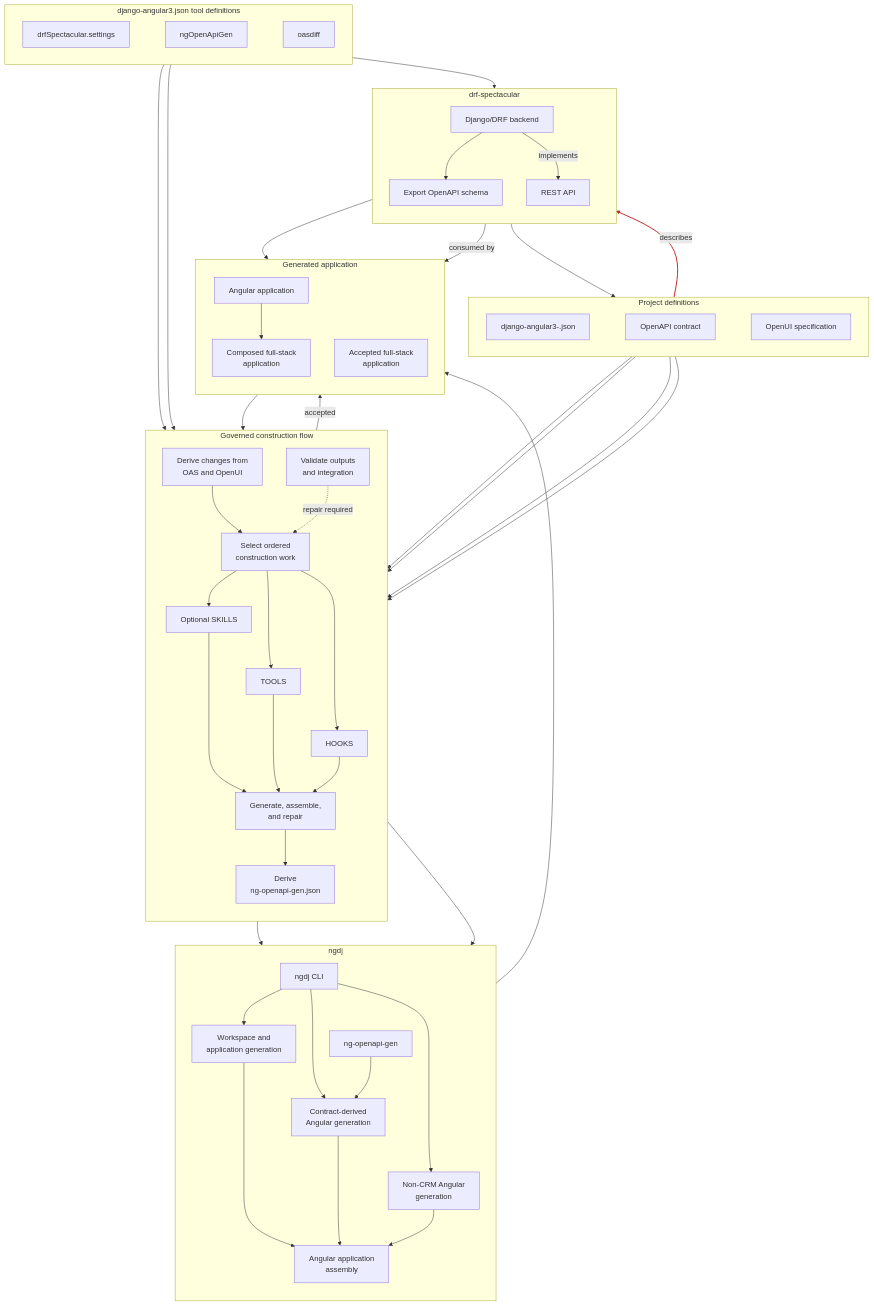
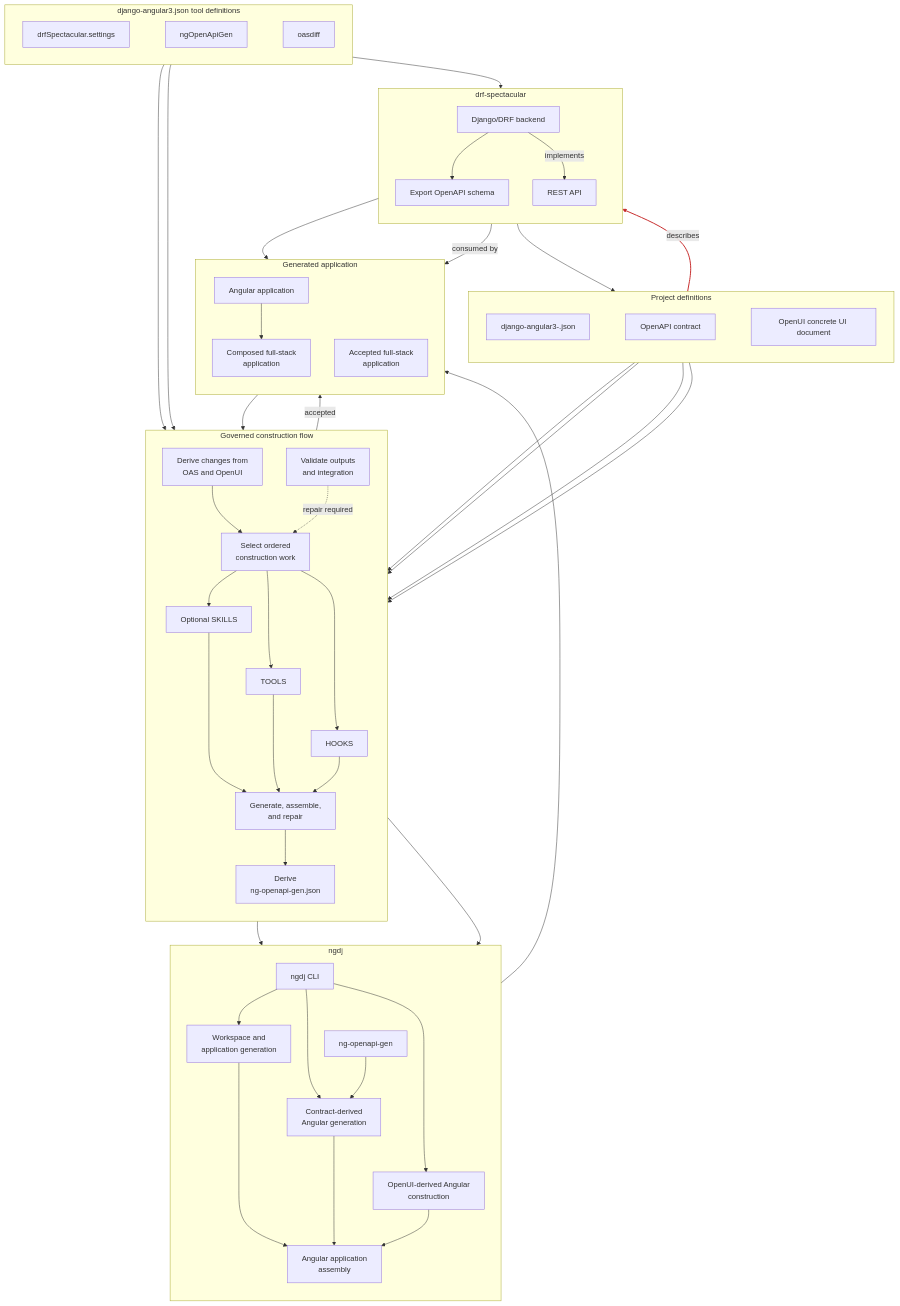
One commit to shlomoa/django-angular3 changed the first of 2 diagrams in doc/REQUIREMENTS.md. Above: the diagram before and after it, drawn with Mermaid. The commit also changed other lines of this file and 11 other files, not shown here.

```diff
--- a/doc/REQUIREMENTS.md
+++ b/doc/REQUIREMENTS.md
@@ -520,7 +520,7 @@
     direction LR
     PROJECT["django-angular3-<project_name>.json"]
     OAS["OpenAPI contract"]
-    UI["OpenUI specification"]
+    UI["OpenUI concrete UI document"]
 
     PROJECT ~~~ OAS ~~~ UI
   end
@@ -578,22 +578,22 @@
 
     WORKSPACE["Workspace and<br/>application generation"]
     CONTRACT["Contract-derived<br/>Angular generation"]
-    NONCRM["Non-CRM Angular<br/>generation"]
+    OPENUI["OpenUI-derived Angular<br/>construction"]
 
     NGOPENAPI["ng-openapi-gen"]
     ASSEMBLE["Angular application<br/>assembly"]
 
     CLI --> WORKSPACE
     CLI --> CONTRACT
-    CLI --> NONCRM
+    CLI --> OPENUI
 
-    WORKSPACE ~~~ CONTRACT ~~~ NONCRM
+    WORKSPACE ~~~ CONTRACT ~~~ OPENUI
 
     NGOPENAPI --> CONTRACT
 
     WORKSPACE --> ASSEMBLE
     CONTRACT --> ASSEMBLE
-    NONCRM --> ASSEMBLE
+    OPENUI --> ASSEMBLE
   end
 
   subgraph Output["Generated application"]
```
